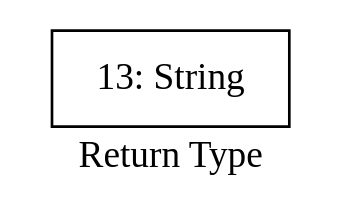
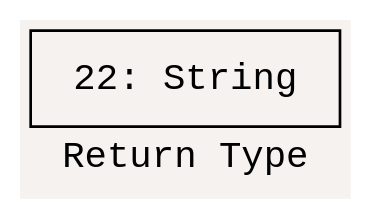
One commit to ZJxyo/PythonVarTypeAnalysisTool changed the diagram in output/flowchart/flowchart_foo(arg0,arg1,arg2)_return.gv. Above: the diagram before and after it, drawn with Graphviz. The commit also changed 95 other files, not shown here.

```diff
--- a/output/flowchart/flowchart_foo(arg0,arg1,arg2)_return.gv
+++ b/output/flowchart/flowchart_foo(arg0,arg1,arg2)_return.gv
@@ -1,5 +1,8 @@
 digraph {
 	label="Return Type"
+	bgcolor="#f5f2f0"
 	node [shape=box]
-	13 [label="13: String"]
+	node [fontname="Consolas,Monaco,'Andale Mono','Ubuntu Mono',monospace"]
+	fontname="Consolas,Monaco,'Andale Mono','Ubuntu Mono',monospace"
+	22 [label=" 22: String "]
 }
```
